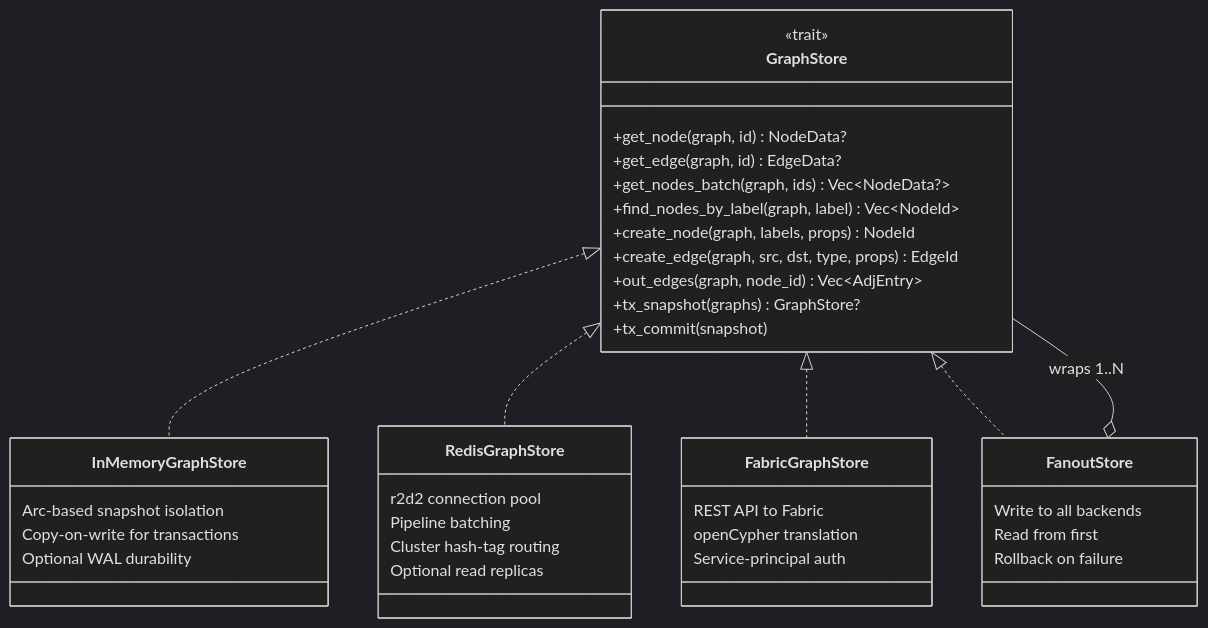
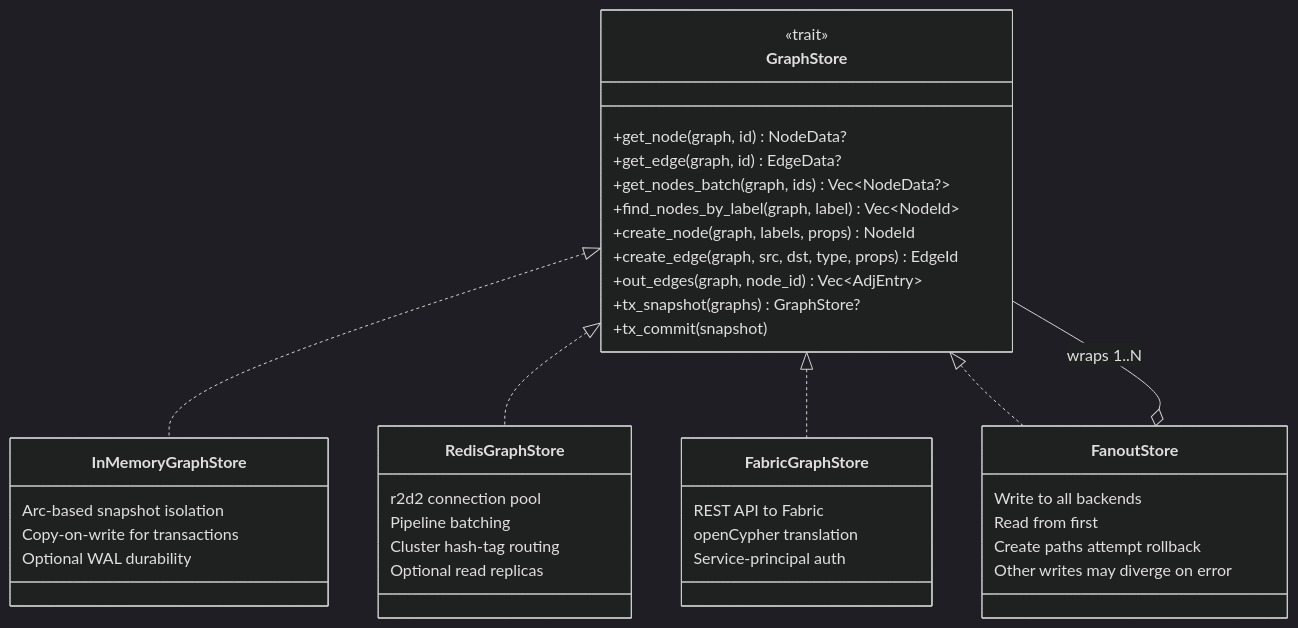
The fifth of 6 diagrams in docs/architecture.md (rysweet/SedanDelivery), drawn with Mermaid (dark theme) before and after one commit. The commit also changed other lines of this file and 1 other file, not shown here.

````diff
--- a/docs/architecture.md
+++ b/docs/architecture.md
@@ -157,46 +157,47 @@
 ```mermaid
 classDiagram
     class GraphStore {
         <<trait>>
         +get_node(graph, id) NodeData?
         +get_edge(graph, id) EdgeData?
         +get_nodes_batch(graph, ids) Vec~NodeData?~
         +find_nodes_by_label(graph, label) Vec~NodeId~
         +create_node(graph, labels, props) NodeId
         +create_edge(graph, src, dst, type, props) EdgeId
         +out_edges(graph, node_id) Vec~AdjEntry~
         +tx_snapshot(graphs) GraphStore?
         +tx_commit(snapshot)
     }
 
     class InMemoryGraphStore {
         Arc-based snapshot isolation
         Copy-on-write for transactions
         Optional WAL durability
     }
 
     class RedisGraphStore {
         r2d2 connection pool
         Pipeline batching
         Cluster hash-tag routing
         Optional read replicas
     }
 
     class FabricGraphStore {
         REST API to Fabric
         openCypher translation
         Service-principal auth
     }
 
     class FanoutStore {
         Write to all backends
         Read from first
-        Rollback on failure
+        Create paths attempt rollback
+        Other writes may diverge on error
     }
 
     GraphStore <|.. InMemoryGraphStore
     GraphStore <|.. RedisGraphStore
     GraphStore <|.. FabricGraphStore
     GraphStore <|.. FanoutStore
     FanoutStore o-- GraphStore : wraps 1..N
 ```
````
